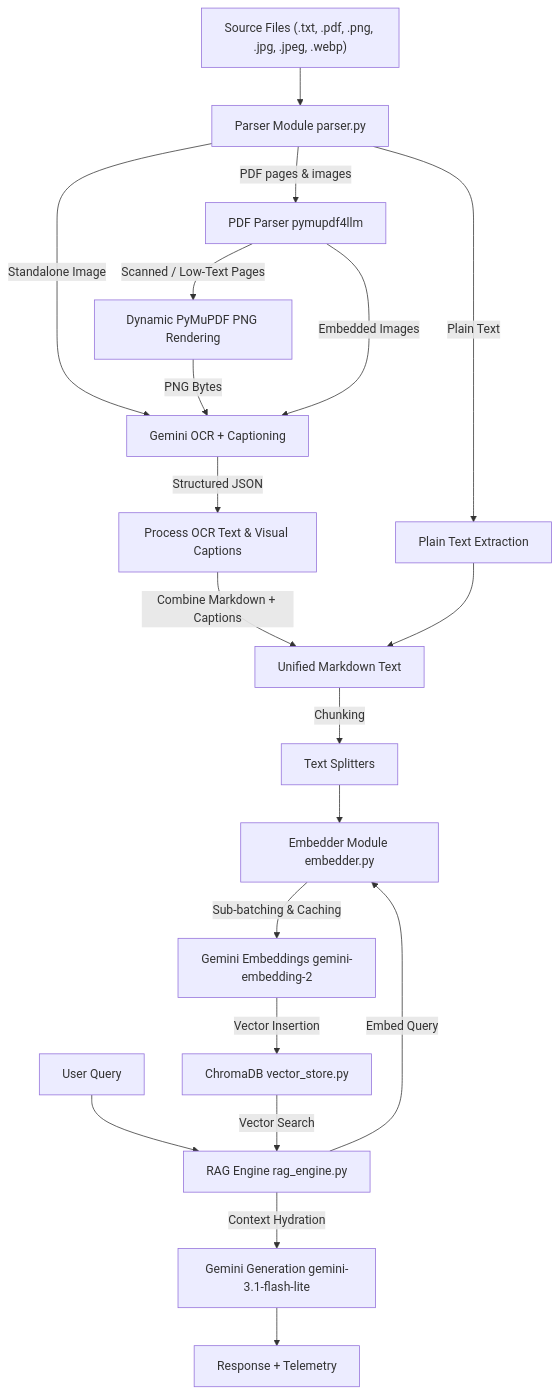
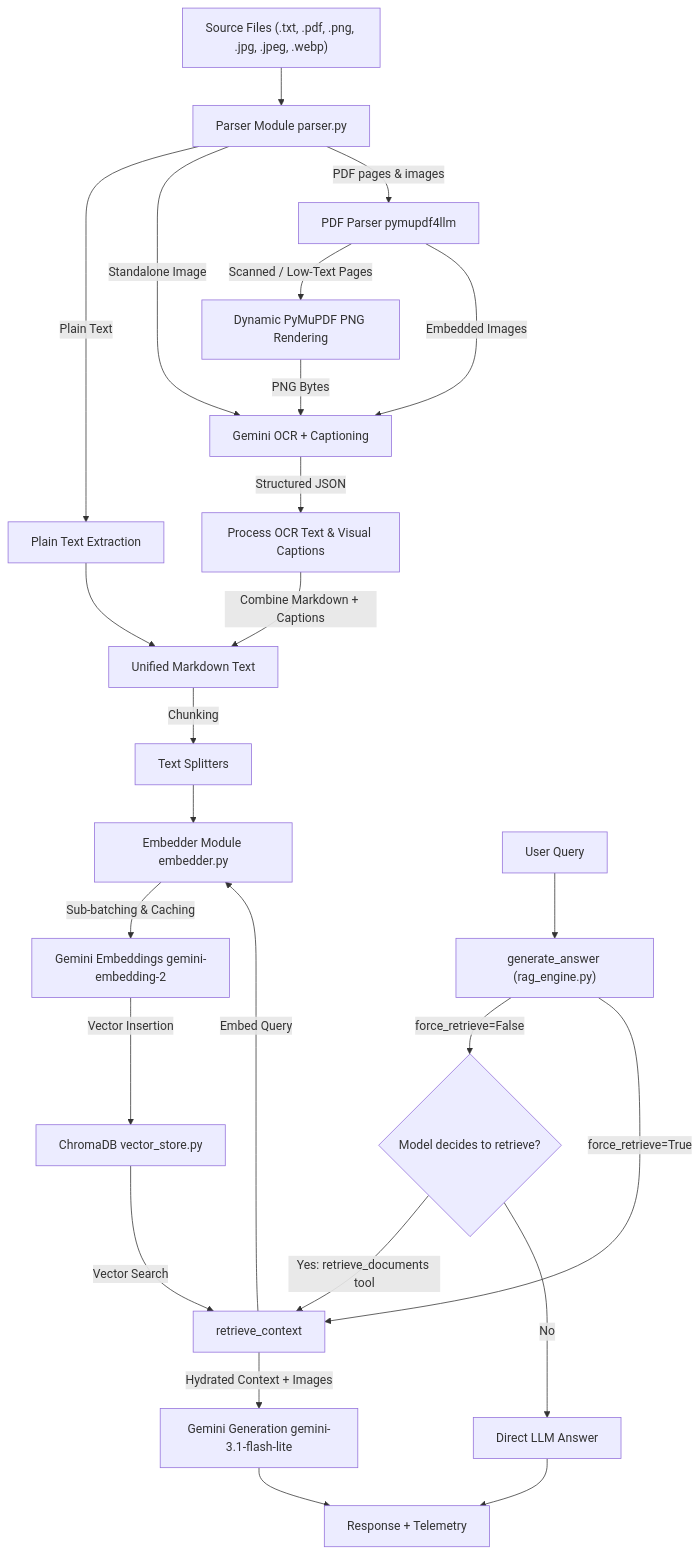
The diagram in ai-chat/docs/ARCHITECTURE.md (cafesuada24/eval-platform), drawn with Mermaid before and after one commit. The commit also changed other lines of this file and 1 other file, not shown here.

Commit message:
docs: update system architecture and README for agentic RAG tool with function calling

````diff
--- a/ai-chat/docs/ARCHITECTURE.md
+++ b/ai-chat/docs/ARCHITECTURE.md
@@ -9,23 +9,28 @@
 ```mermaid
 graph TD
     A["Source Files (.txt, .pdf, .png, .jpg, .jpeg, .webp)"] --> B[Parser Module parser.py]
     B -->|Plain Text| C[Plain Text Extraction]
     B -->|Standalone Image| D[Gemini OCR + Captioning]
     B -->|PDF pages & images| E[PDF Parser pymupdf4llm]
     E -->|Scanned / Low-Text Pages| F[Dynamic PyMuPDF PNG Rendering]
     F -->|PNG Bytes| D
     E -->|Embedded Images| D
     D -->|Structured JSON| G[Process OCR Text & Visual Captions]
     G -->|Combine Markdown + Captions| H[Unified Markdown Text]
     C --> H
     H -->|Chunking| I[Text Splitters]
     I --> J[Embedder Module embedder.py]
     J -->|Sub-batching & Caching| K[Gemini Embeddings gemini-embedding-2]
     K -->|Vector Insertion| L[ChromaDB vector_store.py]
     
-    M[User Query] --> N[RAG Engine rag_engine.py]
-    N -->|Embed Query| J
-    L -->|Vector Search| N
-    N -->|Context Hydration| O[Gemini Generation gemini-3.1-flash-lite]
-    O --> P[Response + Telemetry]
+    M[User Query] --> N["generate_answer (rag_engine.py)"]
+    N -->|force_retrieve=False| O{"Model decides to retrieve?"}
+    O -->|Yes: retrieve_documents tool| P[retrieve_context]
+    P -->|Embed Query| J
+    L -->|Vector Search| P
+    P -->|Hydrated Context + Images| Q[Gemini Generation gemini-3.1-flash-lite]
+    O -->|No| R[Direct LLM Answer]
+    N -->|force_retrieve=True| P
+    Q --> S[Response + Telemetry]
+    R --> S
 ```
````
